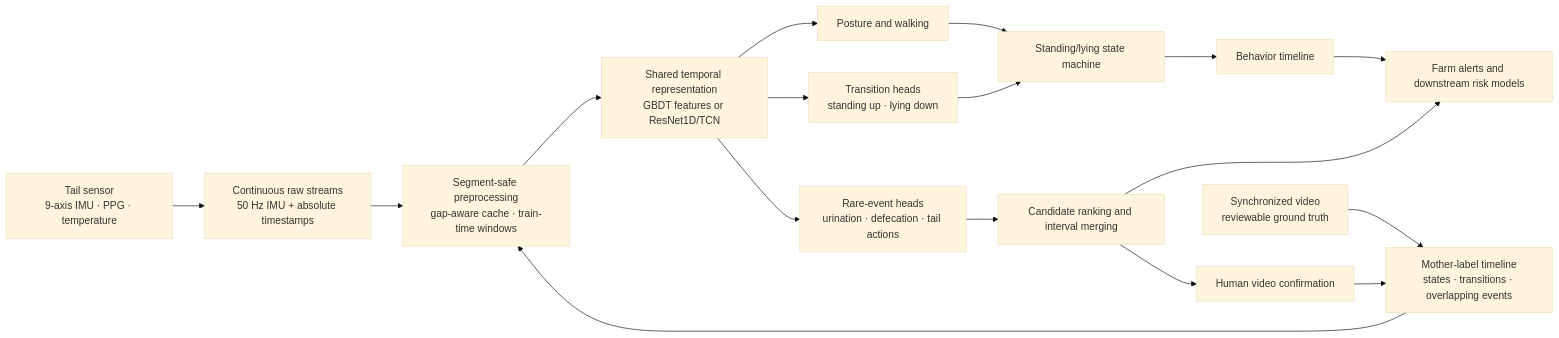
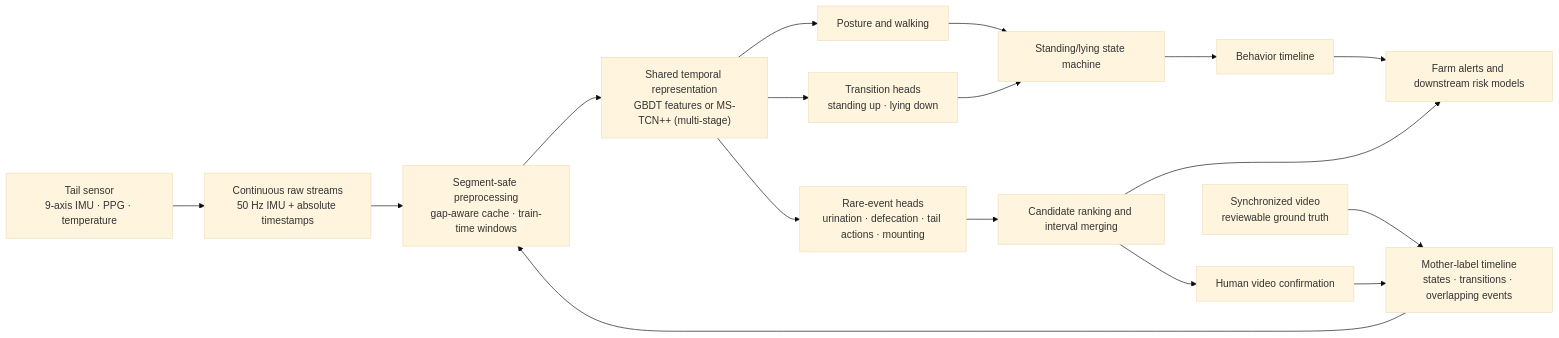
One commit to zxq309/cowmata-tailring changed the diagram in README.md. Above: the diagram before and after it, drawn with Mermaid (base theme). The commit also changed other lines of this file and 85 other files, not shown here.

First line of the commit message:
Release 0.3.0: MS-TCN++ baseline, schema-2 cache, dataset links

````diff
--- a/README.md
+++ b/README.md
@@ -146,19 +180,19 @@
 ```mermaid
 flowchart LR
     A["Tail sensor<br/>9-axis IMU · PPG · temperature"] --> B["Continuous raw streams<br/>50 Hz IMU + absolute timestamps"]
     V["Synchronized video<br/>reviewable ground truth"] --> C["Mother-label timeline<br/>states · transitions · overlapping events"]
     B --> D["Segment-safe preprocessing<br/>gap-aware cache · train-time windows"]
     C --> D
-    D --> E["Shared temporal representation<br/>GBDT features or ResNet1D/TCN"]
+    D --> E["Shared temporal representation<br/>GBDT features or MS-TCN++ (multi-stage)"]
     E --> F1["Posture and walking"]
     E --> F2["Transition heads<br/>standing up · lying down"]
-    E --> F3["Rare-event heads<br/>urination · defecation · tail actions"]
+    E --> F3["Rare-event heads<br/>urination · defecation · tail actions · mounting"]
     F1 --> G["Standing/lying state machine"]
     F2 --> G
     F3 --> H["Candidate ranking and interval merging"]
     G --> I["Behavior timeline"]
     H --> J["Human video confirmation"]
     J --> C
     I --> K["Farm alerts and downstream risk models"]
     H --> K
 ```
````
